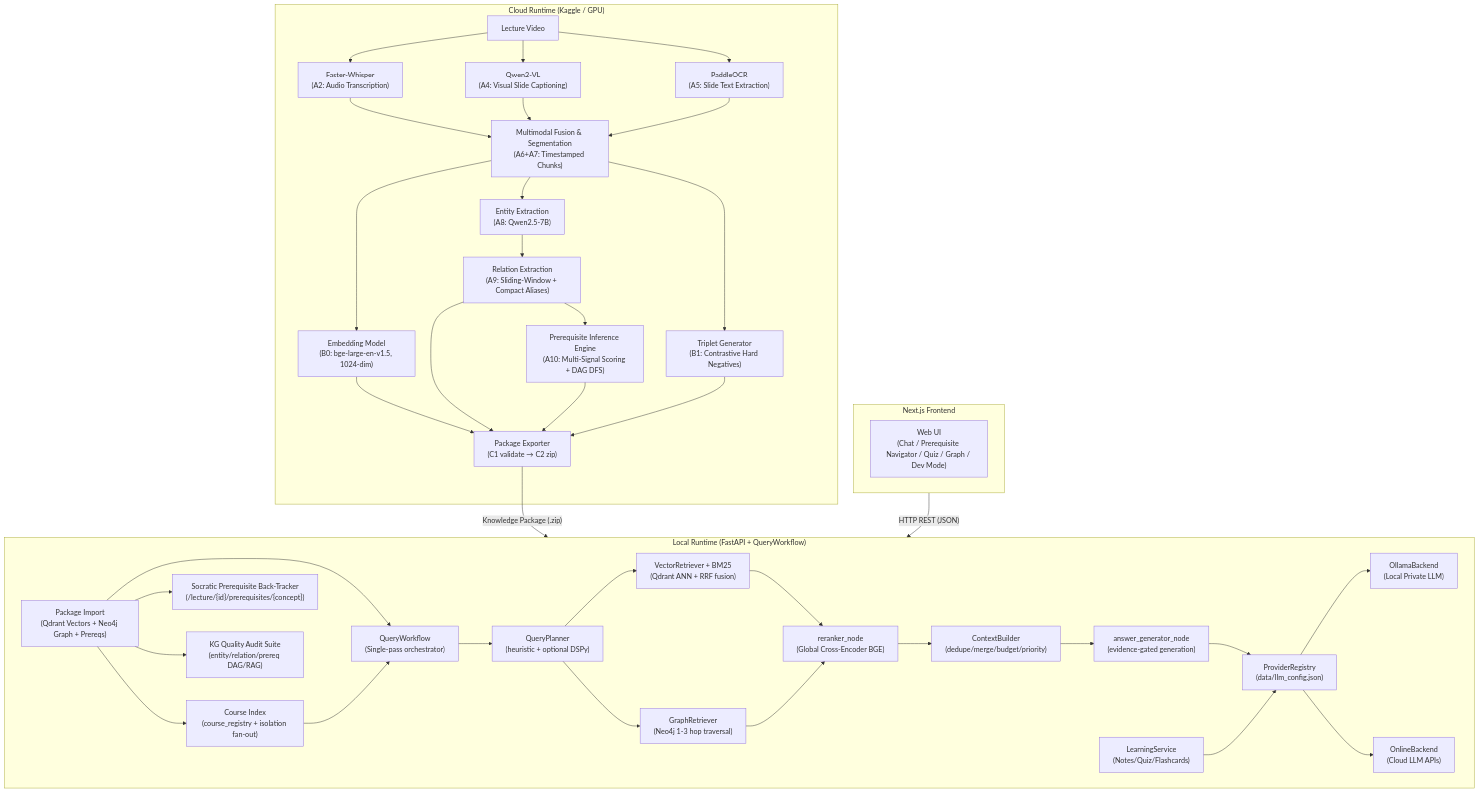
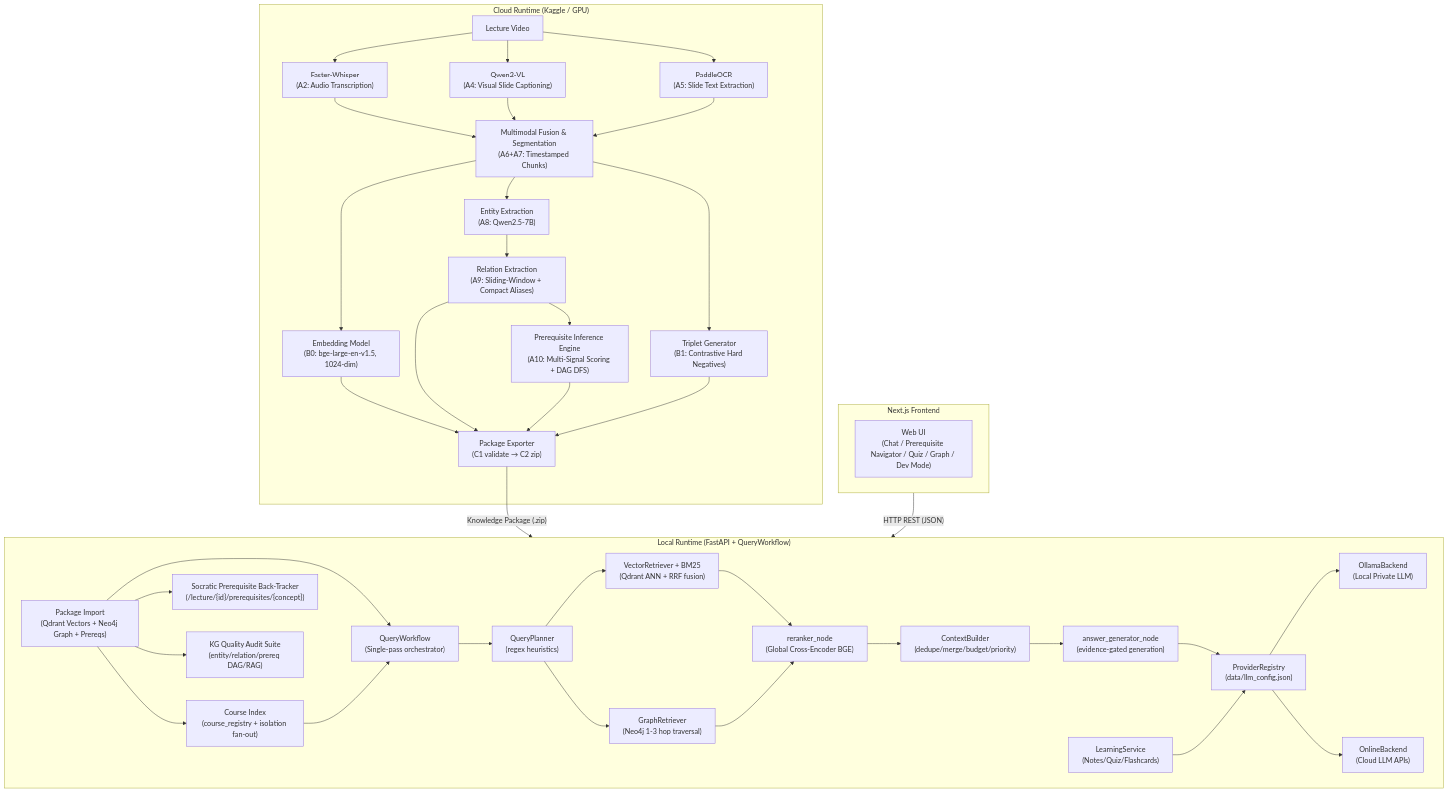
One commit to surjit10/LectureMIND. changed the first of 2 diagrams in README.md. Above: the diagram before and after it, drawn with Mermaid. The commit also changed other lines of this file and 56 other files, not shown here.

````diff
--- a/README.md
+++ b/README.md
@@ -61,56 +61,56 @@
 ```mermaid
 graph TD
     subgraph Cloud[" Cloud Runtime (Kaggle / GPU)"]
         Video[" Lecture Video"]
         Whisper["Faster-Whisper\n(A2: Audio Transcription)"]
         VLM["Qwen2-VL\n(A4: Visual Slide Captioning)"]
         OCR["PaddleOCR\n(A5: Slide Text Extraction)"]
         Chunker["Multimodal Fusion & Segmentation\n(A6+A7: Timestamped Chunks)"]
         EntityExt["Entity Extraction\n(A8: Qwen2.5-7B)"]
         RelExt["Relation Extraction\n(A9: Sliding-Window + Compact Aliases)"]
         PrereqInf["Prerequisite Inference Engine\n(A10: Multi-Signal Scoring + DAG DFS)"]
         Embedder["Embedding Model\n(B0: bge-large-en-v1.5, 1024-dim)"]
         TripletGen["Triplet Generator\n(B1: Contrastive Hard Negatives)"]
         Exporter["Package Exporter\n(C1 validate → C2 zip)"]
 
         Video --> Whisper & VLM & OCR
         Whisper & VLM & OCR --> Chunker
         Chunker --> EntityExt --> RelExt --> PrereqInf
         Chunker --> Embedder & TripletGen
         Embedder & RelExt & PrereqInf & TripletGen --> Exporter
     end
 
     Exporter -->|"Knowledge Package (.zip)"| LocalServer
 
     subgraph LocalServer[" Local Runtime (FastAPI + QueryWorkflow)"]
         Import["Package Import\n(Qdrant Vectors + Neo4j Graph + Prereqs)"]
         Course["Course Index\n(course_registry + isolation fan-out)"]
         QueryWorkflow["QueryWorkflow\n(Single-pass orchestrator)"]
-        Planner["QueryPlanner\n(heuristic + optional DSPy)"]
+        Planner["QueryPlanner\n(regex heuristics)"]
         VecRet["VectorRetriever + BM25\n(Qdrant ANN + RRF fusion)"]
         GraphRet["GraphRetriever\n(Neo4j 1-3 hop traversal)"]
         PrereqTracker["Socratic Prerequisite Back-Tracker\n(/lecture/{id}/prerequisites/{concept})"]
         Rerank["reranker_node\n(Global Cross-Encoder BGE)"]
         Ctx["ContextBuilder\n(dedupe/merge/budget/priority)"]
         Gen["answer_generator_node\n(evidence-gated generation)"]
         ProvReg["ProviderRegistry\n(data/llm_config.json)"]
         Ollama["OllamaBackend\n(Local Private LLM)"]
         Online["OnlineBackend\n(Cloud LLM APIs)"]
         Learning["LearningService\n(Notes/Quiz/Flashcards)"]
         KGAudit["KG Quality Audit Suite\n(entity/relation/prereq DAG/RAG)"]
 
         Import --> QueryWorkflow & Course & PrereqTracker
         Course --> QueryWorkflow
         QueryWorkflow --> Planner --> VecRet & GraphRet
         VecRet & GraphRet --> Rerank --> Ctx --> Gen
         Gen --> ProvReg --> Ollama & Online
         Learning --> ProvReg
         Import --> KGAudit
     end
 
     subgraph Frontend[" Next.js Frontend"]
         UI["Web UI\n(Chat / Prerequisite Navigator / Quiz / Graph / Dev Mode)"]
     end
 
     Frontend -->|"HTTP REST (JSON)"| LocalServer
 ```
````
